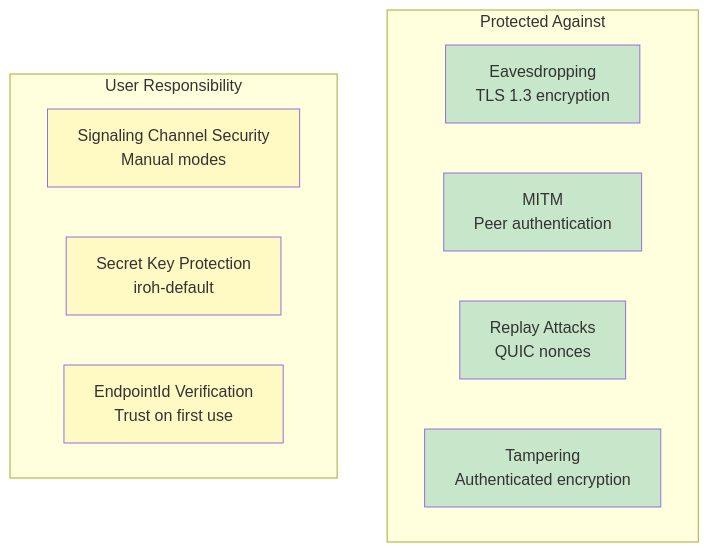
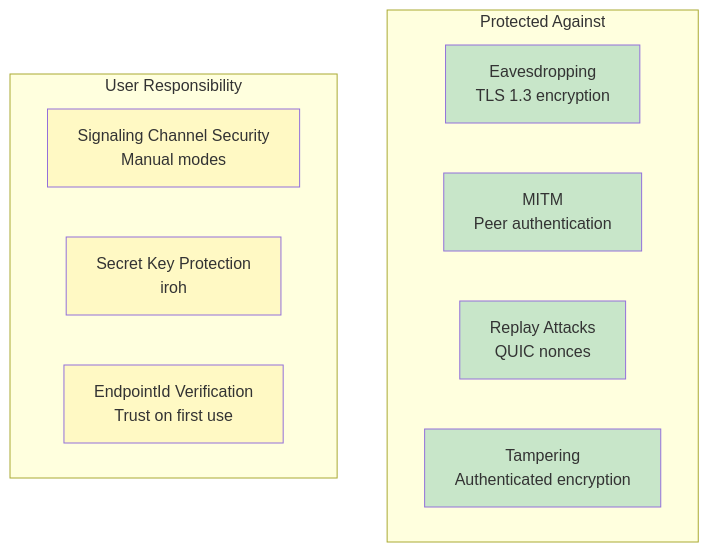
Diagram 31 of 38 in docs/ARCHITECTURE.md (andrewtheguy/vpn-rs), drawn with Mermaid before and after one commit. The commit also changed other lines of this file and 5 other files, not shown here.

````diff
--- a/docs/ARCHITECTURE.md
+++ b/docs/ARCHITECTURE.md
@@ -1281,24 +1281,24 @@
 ```mermaid
 graph TB
     subgraph "Protected Against"
         A[Eavesdropping<br/>TLS 1.3 encryption]
         B[MITM<br/>Peer authentication]
         C[Replay Attacks<br/>QUIC nonces]
         D[Tampering<br/>Authenticated encryption]
     end
     
     subgraph "User Responsibility"
         E[Signaling Channel Security<br/>Manual modes]
-        F[Secret Key Protection<br/>iroh-default]
+        F[Secret Key Protection<br/>iroh]
         G[EndpointId Verification<br/>Trust on first use]
     end
     
     style A fill:#C8E6C9
     style B fill:#C8E6C9
     style C fill:#C8E6C9
     style D fill:#C8E6C9
     
     style E fill:#FFF9C4
     style F fill:#FFF9C4
     style G fill:#FFF9C4
 ```
````
